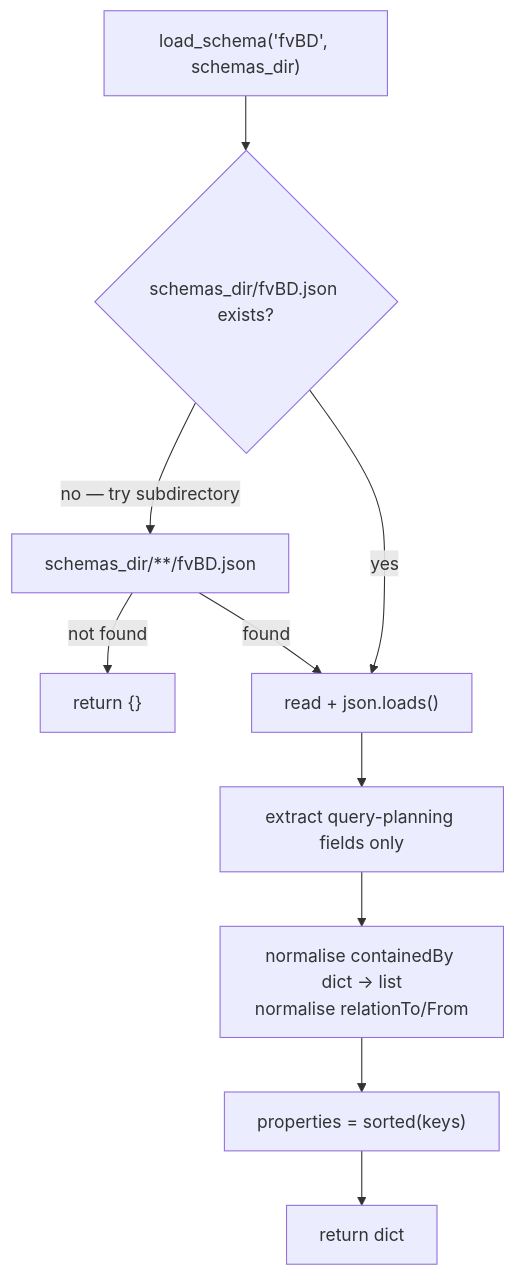
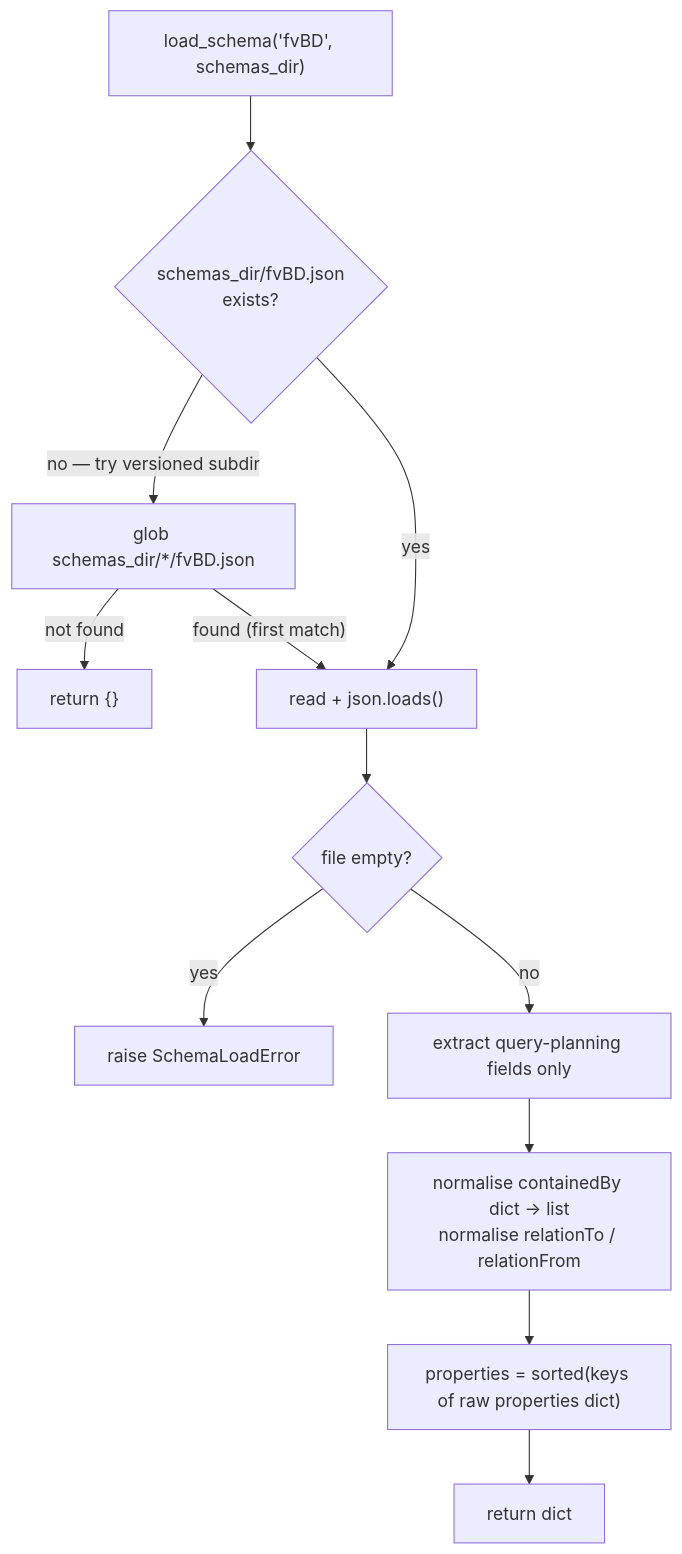
One commit to k3l0-dev/aci-mcp changed the third of 4 diagrams in docs/internals/registry.md. Above: the diagram before and after it, drawn with Mermaid. The commit also changed other lines of this file and 16 other files, not shown here.

````diff
--- a/docs/internals/registry.md
+++ b/docs/internals/registry.md
@@ -89,13 +90,15 @@
 ```mermaid
 flowchart TD
     CALL["load_schema('fvBD', schemas_dir)"]
-    CALL --> EXISTS{schemas_dir/fvBD.json exists?}
-    EXISTS -->|"no — try subdirectory"| GLOB["schemas_dir/**/fvBD.json"]
+    CALL --> EXISTS{"schemas_dir/fvBD.json\nexists?"}
+    EXISTS -->|"no — try versioned subdir"| GLOB["glob schemas_dir/*/fvBD.json"]
     GLOB -->|"not found"| EMPTY["return {}"]
     EXISTS -->|"yes"| READ["read + json.loads()"]
-    GLOB -->|"found"| READ
-    READ --> EXTRACT["extract query-planning fields only"]
-    EXTRACT --> NORM["normalise containedBy dict → list\nnormalise relationTo/From"]
-    NORM --> PROPS["properties = sorted(keys)"]
+    GLOB -->|"found (first match)"| READ
+    READ --> VALIDATE{"file empty?"}
+    VALIDATE -->|"yes"| ERR["raise SchemaLoadError"]
+    VALIDATE -->|"no"| EXTRACT["extract query-planning fields only"]
+    EXTRACT --> NORM["normalise containedBy dict → list\nnormalise relationTo / relationFrom"]
+    NORM --> PROPS["properties = sorted(keys of raw properties dict)"]
     PROPS --> RETURN["return dict"]
 ```
````
